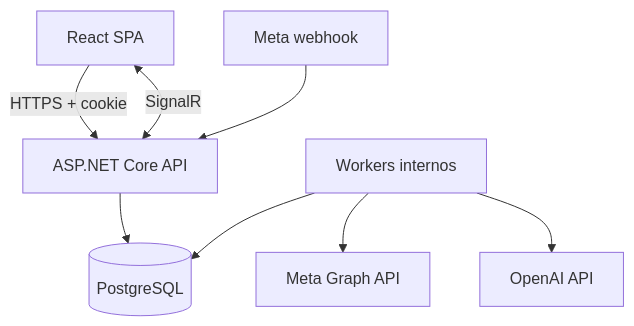
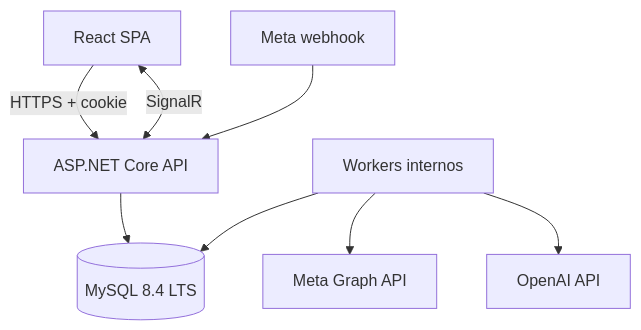
One commit to MelqueLord/WhatsAppAI changed the second of 4 diagrams in docs/architecture/architecture.md. Above: the diagram before and after it, drawn with Mermaid. The commit also changed other lines of this file and 18 other files, not shown here.

````diff
--- a/docs/architecture/architecture.md
+++ b/docs/architecture/architecture.md
@@ -18,10 +18,10 @@
 ```mermaid
 flowchart TB
   Web[React SPA] -->|HTTPS + cookie| API[ASP.NET Core API]
   Web <-->|SignalR| API
   Meta[Meta webhook] --> API
-  API --> DB[(PostgreSQL)]
+  API --> DB[(MySQL 8.4 LTS)]
   Worker[Workers internos] --> DB
   Worker --> MetaAPI[Meta Graph API]
   Worker --> AIAPI[OpenAI API]
 ```
````
